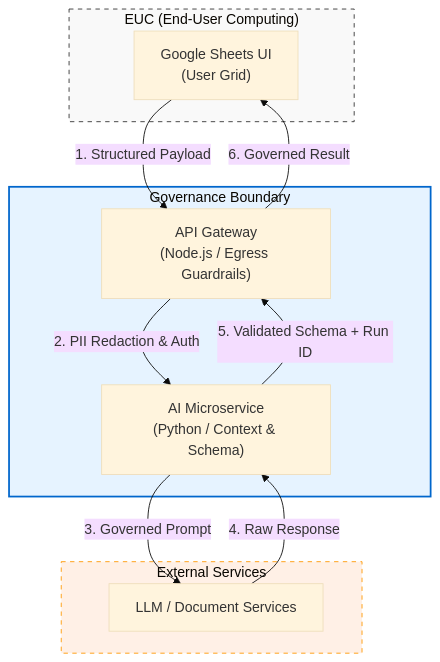
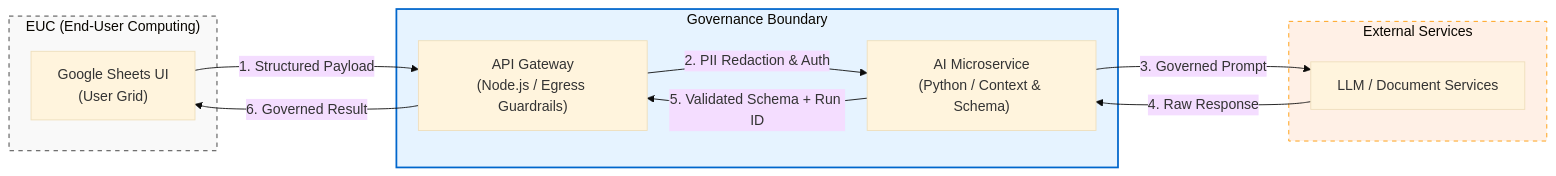
The diagram in README.md (VincentChong123/euc-ai-governance), drawn with Mermaid (base theme) before and after one commit. The commit also changed other lines of this file and 6 other files, not shown here.

````diff
--- a/README.md
+++ b/README.md
@@ -19,27 +15,27 @@
 ```mermaid
-flowchart TD
+flowchart LR
     subgraph EUC["EUC (End-User Computing)"]
         UI["Google Sheets UI<br/>(User Grid)"]
     end
 
     subgraph Governance["Governance Boundary"]
         Gateway["API Gateway<br/>(Node.js / Egress Guardrails)"]
         AI_Service["AI Microservice<br/>(Python / Context & Schema)"]
     end
 
     subgraph External["External Services"]
         LLM["LLM / Document Services"]
     end
 
     UI -- "1. Structured Payload" --> Gateway
     Gateway -- "2. PII Redaction & Auth" --> AI_Service
     AI_Service -- "3. Governed Prompt" --> LLM
     LLM -- "4. Raw Response" --> AI_Service
     AI_Service -- "5. Validated Schema + Run ID" --> Gateway
     Gateway -- "6. Governed Result" --> UI
 
     %% Styling
     style EUC fill:#f9f9f9,stroke:#333,stroke-dasharray: 5 5
     style Governance fill:#e6f3ff,stroke:#0066cc,stroke-width:2px
     style External fill:#fff0e6,stroke:#ff9900,stroke-dasharray: 5 5
 ```
````
